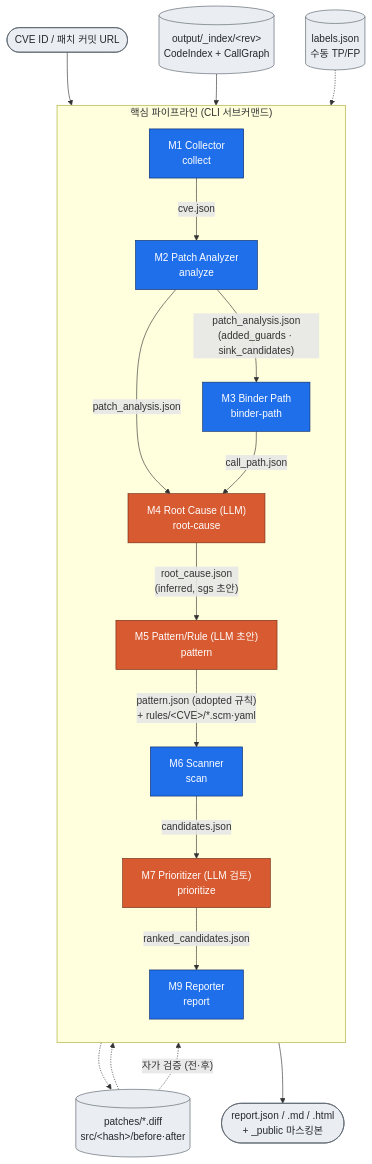
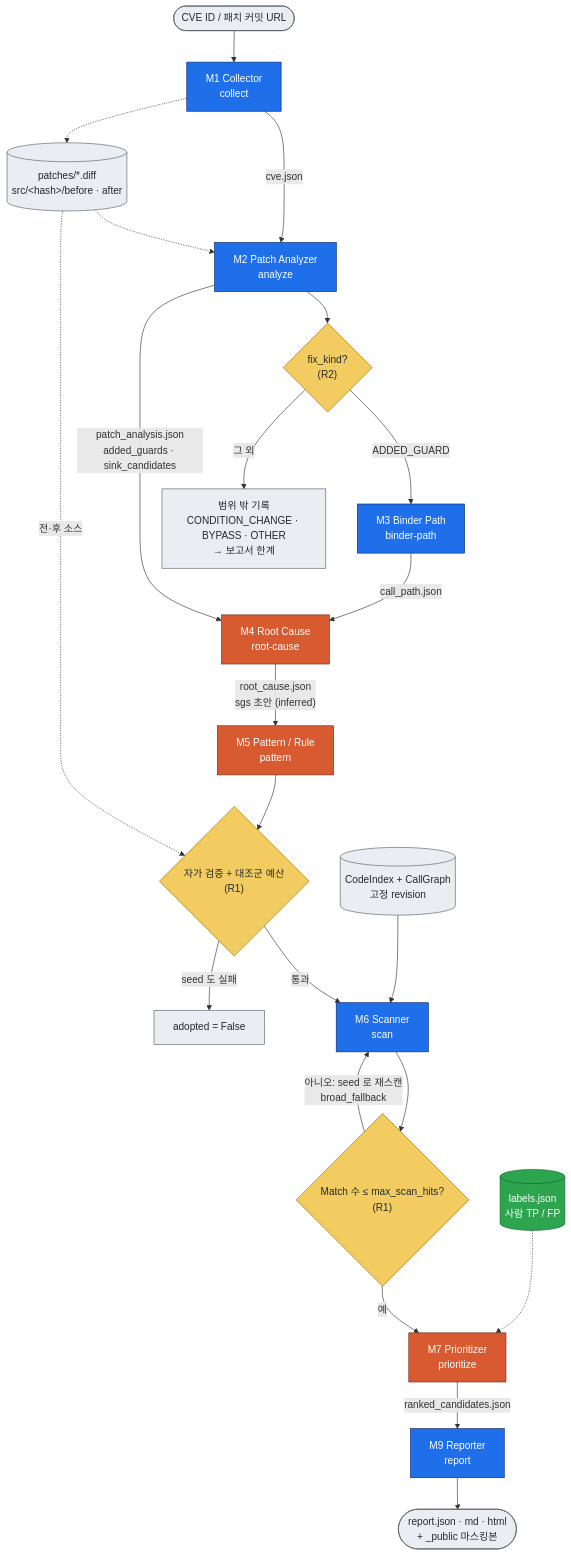
One commit to meonjalgwi/aosp-1day-pipeline changed the second of 9 diagrams in docs/architecture.md. Above: the diagram before and after it, drawn with Mermaid. The commit also changed other lines of this file and 3 other files, not shown here.

First line of the commit message:
docs: 구조도 v2.2와 LLM 사용·검증 구조 문서

````diff
--- a/docs/architecture.md
+++ b/docs/architecture.md
@@ -15,40 +56,49 @@
 ```mermaid
 flowchart TD
     IN([CVE ID / 패치 커밋 URL]):::io
-
-    subgraph CORE["핵심 파이프라인 (CLI 서브커맨드)"]
-        direction TB
-        M1["M1 Collector<br/>collect"]:::stage
-        M2["M2 Patch Analyzer<br/>analyze"]:::stage
-        M3["M3 Binder Path<br/>binder-path"]:::stage
-        M4["M4 Root Cause (LLM)<br/>root-cause"]:::llm
-        M5["M5 Pattern/Rule (LLM 초안)<br/>pattern"]:::llm
-        M6["M6 Scanner<br/>scan"]:::stage
-        M7["M7 Prioritizer (LLM 검토)<br/>prioritize"]:::llm
-        M9["M9 Reporter<br/>report"]:::stage
-    end
-
-    SRC[("patches/*.diff<br/>src/&lt;hash&gt;/before·after")]:::io
-    IDX[("output/_index/&lt;rev&gt;<br/>CodeIndex + CallGraph")]:::io
-    LAB[("labels.json<br/>수동 TP/FP")]:::io
+    M1["M1 Collector<br/>collect"]:::code
+    SRC[("patches/*.diff<br/>src/&lt;hash&gt;/before · after")]:::io
+    M2["M2 Patch Analyzer<br/>analyze"]:::code
+    FK{"fix_kind?<br/>(R2)"}:::gate
+    OUTSCOPE["범위 밖 기록<br/>CONDITION_CHANGE · BYPASS · OTHER<br/>→ 보고서 한계"]:::io
+    M3["M3 Binder Path<br/>binder-path"]:::code
+    M4["M4 Root Cause<br/>root-cause"]:::llm
+    M5["M5 Pattern / Rule<br/>pattern"]:::llm
+    SC{"자가 검증 + 대조군 예산<br/>(R1)"}:::gate
+    NA["adopted = False"]:::io
+    IDX[("CodeIndex + CallGraph<br/>고정 revision")]:::io
+    M6["M6 Scanner<br/>scan"]:::code
+    BUD{"Match 수 ≤ max_scan_hits?<br/>(R1)"}:::gate
+    M7["M7 Prioritizer<br/>prioritize"]:::llm
+    LAB[("labels.json<br/>사람 TP / FP")]:::human
+    M9["M9 Reporter<br/>report"]:::code
+    OUT([report.json · md · html<br/>+ _public 마스킹본]):::io
 
     IN --> M1
     M1 -- cve.json --> M2
     M1 -.-> SRC
     SRC -.-> M2
-    SRC -. "자가 검증 (전·후)" .-> M5
-    M2 -- "patch_analysis.json<br/>(added_guards · sink_candidates)" --> M3
-    M2 -- patch_analysis.json --> M4
+    M2 --> FK
+    FK -- ADDED_GUARD --> M3
+    FK -- 그 외 --> OUTSCOPE
+    M2 -- "patch_analysis.json<br/>added_guards · sink_candidates" --> M4
     M3 -- call_path.json --> M4
-    M4 -- "root_cause.json<br/>(inferred, sgs 초안)" --> M5
-    M5 -- "pattern.json (adopted 규칙)<br/>+ rules/&lt;CVE&gt;/*.scm·yaml" --> M6
+    M4 -- "root_cause.json<br/>sgs 초안 (inferred)" --> M5
+    SRC -. 전·후 소스 .-> SC
+    M5 --> SC
+    SC -- 통과 --> M6
+    SC -- seed 도 실패 --> NA
     IDX --> M6
-    M6 -- candidates.json --> M7
+    M6 --> BUD
+    BUD -- 예 --> M7
+    BUD -- "아니오: seed 로 재스캔<br/>broad_fallback" --> M6
     M7 -- ranked_candidates.json --> M9
     LAB -.-> M7
-    M9 --> OUT([report.json / .md / .html<br/>+ _public 마스킹본]):::io
+    M9 --> OUT
 
-    classDef stage fill:#1f6feb,stroke:#0b2a66,color:#fff;
+    classDef code fill:#1f6feb,stroke:#0b2a66,color:#fff;
     classDef llm fill:#d85a30,stroke:#712b13,color:#fff;
+    classDef gate fill:#f2cc60,stroke:#9a6700,color:#24292f;
+    classDef human fill:#2da44e,stroke:#116329,color:#fff;
     classDef io fill:#eaeef2,stroke:#57606a,color:#24292f;
 ```
````
